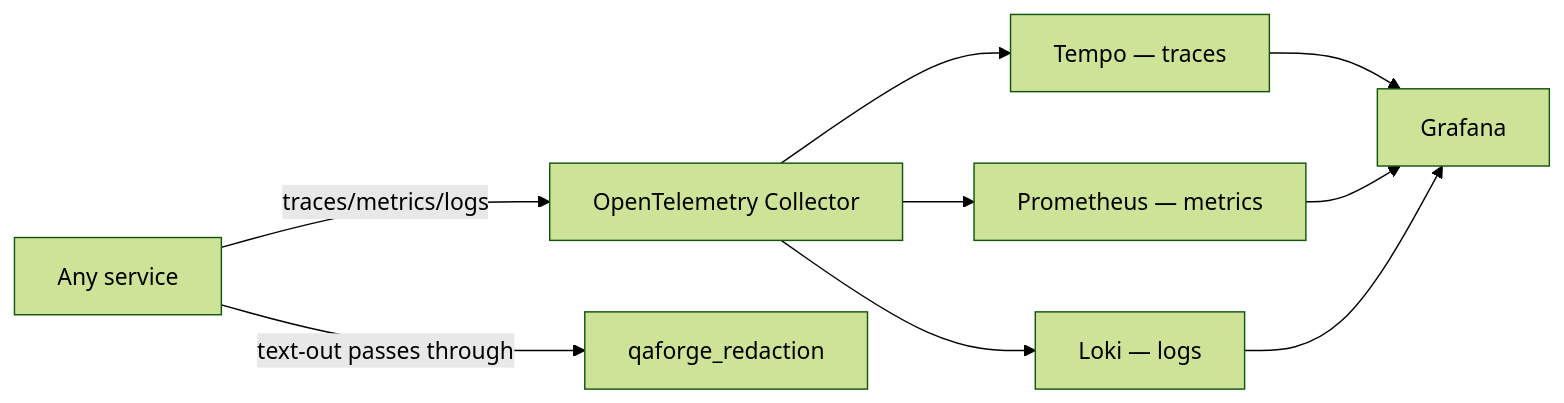
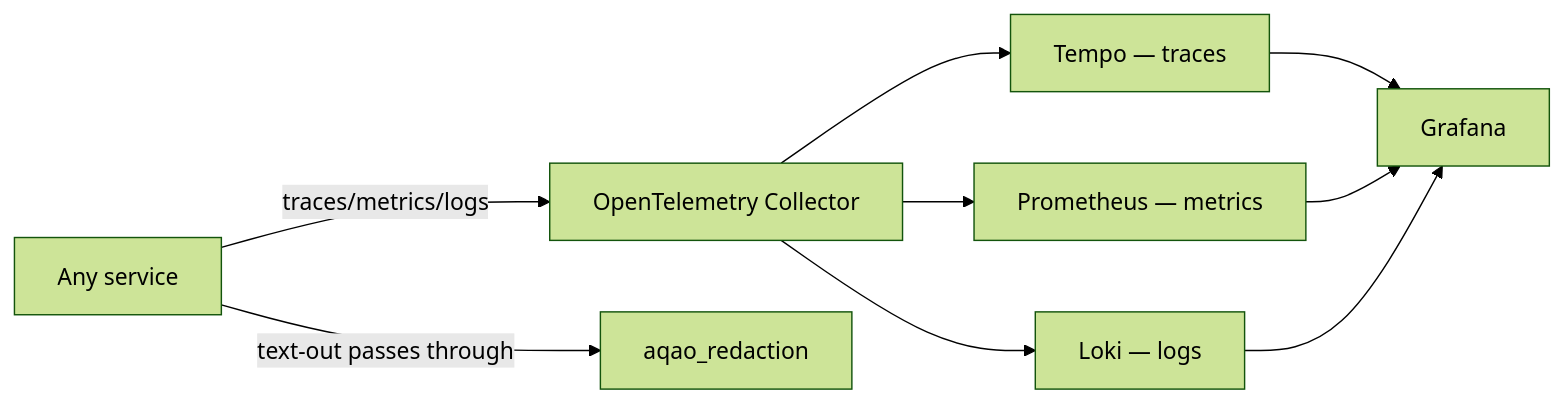
The fifth of 5 diagrams in docs/architecture/c4-component.md (anandtopu/agentic-qa), drawn with Mermaid (forest theme) before and after one commit. The commit also changed other lines of this file and 675 other files, not shown here.

````diff
--- a/docs/architecture/c4-component.md
+++ b/docs/architecture/c4-component.md
@@ -179,17 +179,17 @@
 ```mermaid
 flowchart LR
   app[Any service]
   otelCol[OpenTelemetry Collector]
   tempo[Tempo — traces]
   prom[Prometheus — metrics]
   loki[Loki — logs]
   grafana[Grafana]
-  redaction[qaforge_redaction]
+  redaction[aqao_redaction]
 
   app -- traces/metrics/logs --> otelCol
   app -- text-out passes through --> redaction
   otelCol --> tempo
   otelCol --> prom
   otelCol --> loki
   tempo & prom & loki --> grafana
 ```
````
